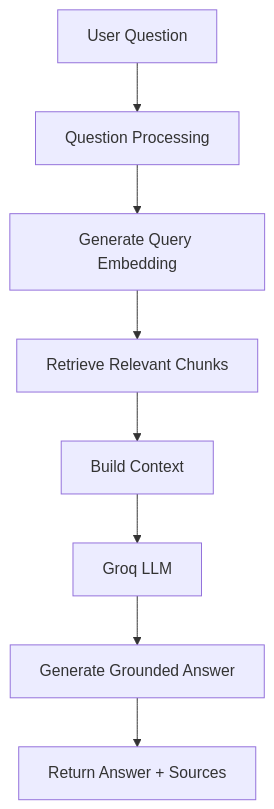
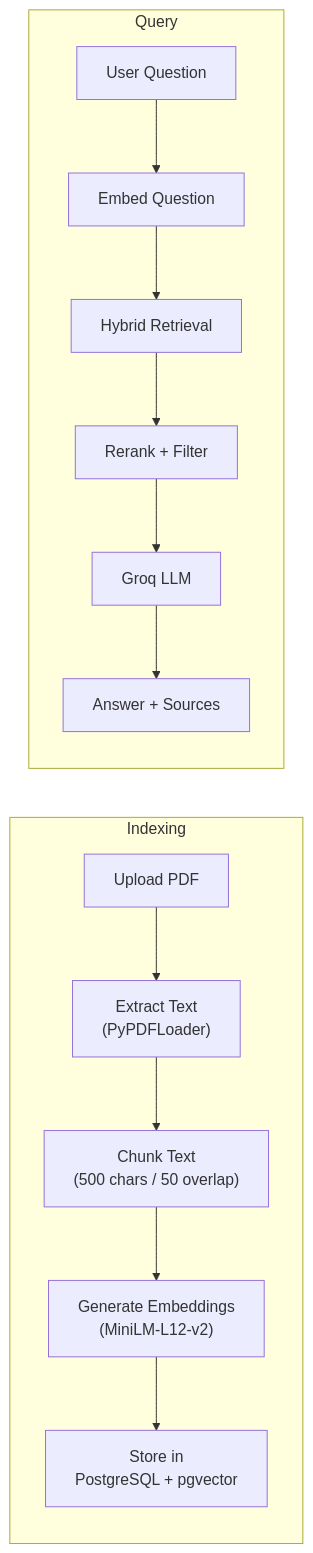
One commit to ayushrajput545/NyayaAI changed the second of 6 diagrams in Readme.md. Above: the diagram before and after it, drawn with Mermaid. The commit also changed other lines of this file, not shown here.

````diff
--- a/Readme.md
+++ b/Readme.md
@@ -383,10 +186,17 @@
 ```mermaid
-flowchart TD
-    A["User Question"] --> B["Question Processing"]
-    B --> C["Generate Query Embedding"]
-    C --> D["Retrieve Relevant Chunks"]
-    D --> E["Build Context"]
-    E --> F["Groq LLM"]
-    F --> G["Generate Grounded Answer"]
-    G --> H["Return Answer + Sources"]
+flowchart LR
+    subgraph Indexing
+        A["Upload PDF"] --> B["Extract Text\n(PyPDFLoader)"]
+        B --> C["Chunk Text\n(500 chars / 50 overlap)"]
+        C --> D["Generate Embeddings\n(MiniLM-L12-v2)"]
+        D --> E["Store in\nPostgreSQL + pgvector"]
+    end
+
+    subgraph Query
+        F["User Question"] --> G["Embed Question"]
+        G --> H["Hybrid Retrieval"]
+        H --> I["Rerank + Filter"]
+        I --> J["Groq LLM"]
+        J --> K["Answer + Sources"]
+    end
 ```
````
